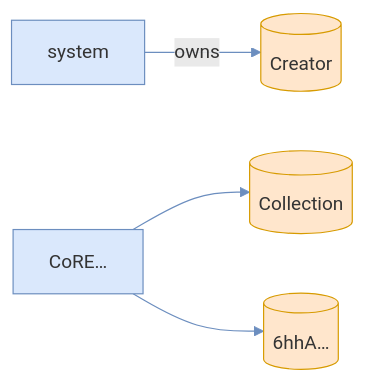
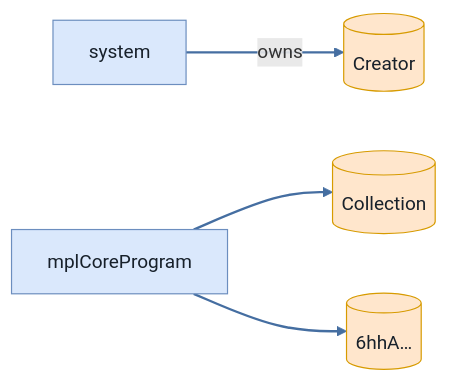
Before and after one commit to cds-turbin3/vesting-position: the ninth of 9 diagrams in babelfish-tests/test-report/freeze_asset_fails_without_freeze_plugin.md, drawn with Mermaid. The commit also changed other lines of this file and 106 other files, not shown here.

````diff
--- a/babelfish-tests/test-report/freeze_asset_fails_without_freeze_plugin.md
+++ b/babelfish-tests/test-report/freeze_asset_fails_without_freeze_plugin.md
@@ -405,15 +403,15 @@
 ```mermaid
 flowchart LR
     system["system"]:::program
     Creator[("Creator")]:::state
-    CoRE["CoRE…"]:::program
+    mplCoreProgram["mplCoreProgram"]:::program
     Collection[("Collection")]:::state
     n6hhA[("6hhA…")]:::state
     system -->|owns| Creator
-    CoRE --> Collection
-    CoRE --> n6hhA
-    classDef program fill:#dae8fc,stroke:#6c8ebf;
-    classDef signer fill:#d5e8d4,stroke:#82b366;
-    classDef state fill:#ffe6cc,stroke:#d79b00;
-    linkStyle 0,1,2 stroke:#6c8ebf
+    mplCoreProgram --> Collection
+    mplCoreProgram --> n6hhA
+    classDef program fill:#dae8fc,stroke:#6c8ebf,color:#17202a;
+    classDef signer fill:#d5e8d4,stroke:#82b366,color:#17202a;
+    classDef state fill:#ffe6cc,stroke:#d79b00,color:#17202a;
+    linkStyle 0,1,2 stroke:#456ea1,stroke-width:2px
 ```
````
